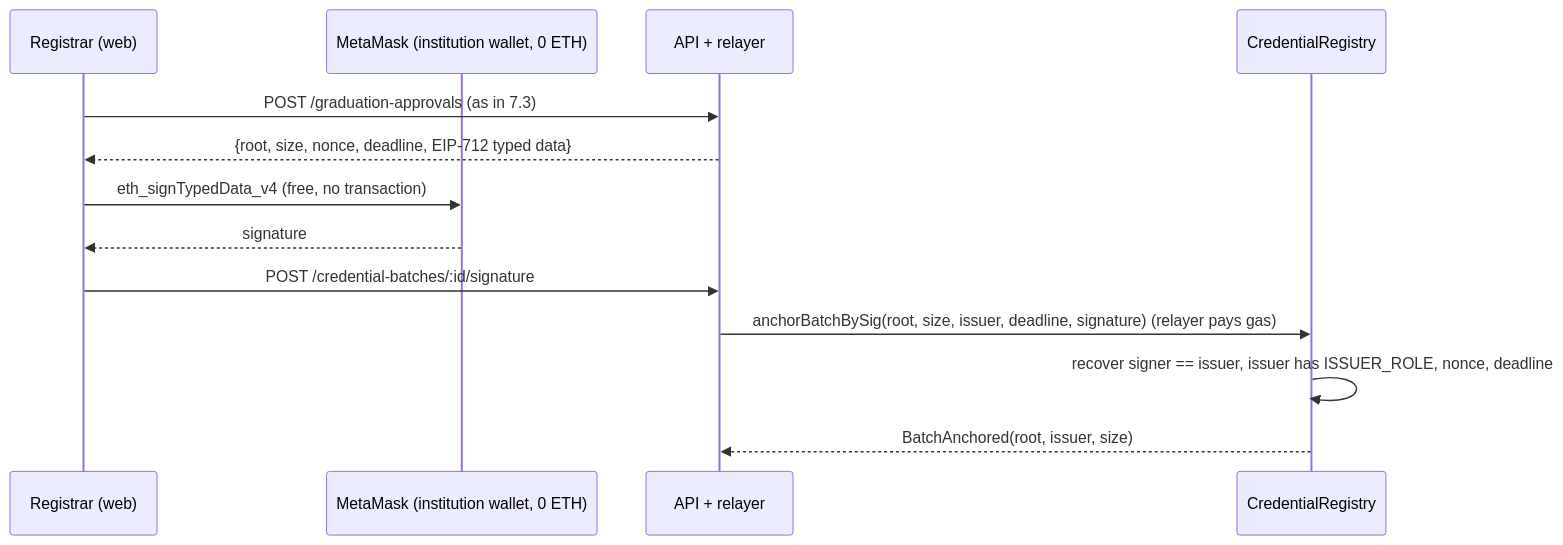
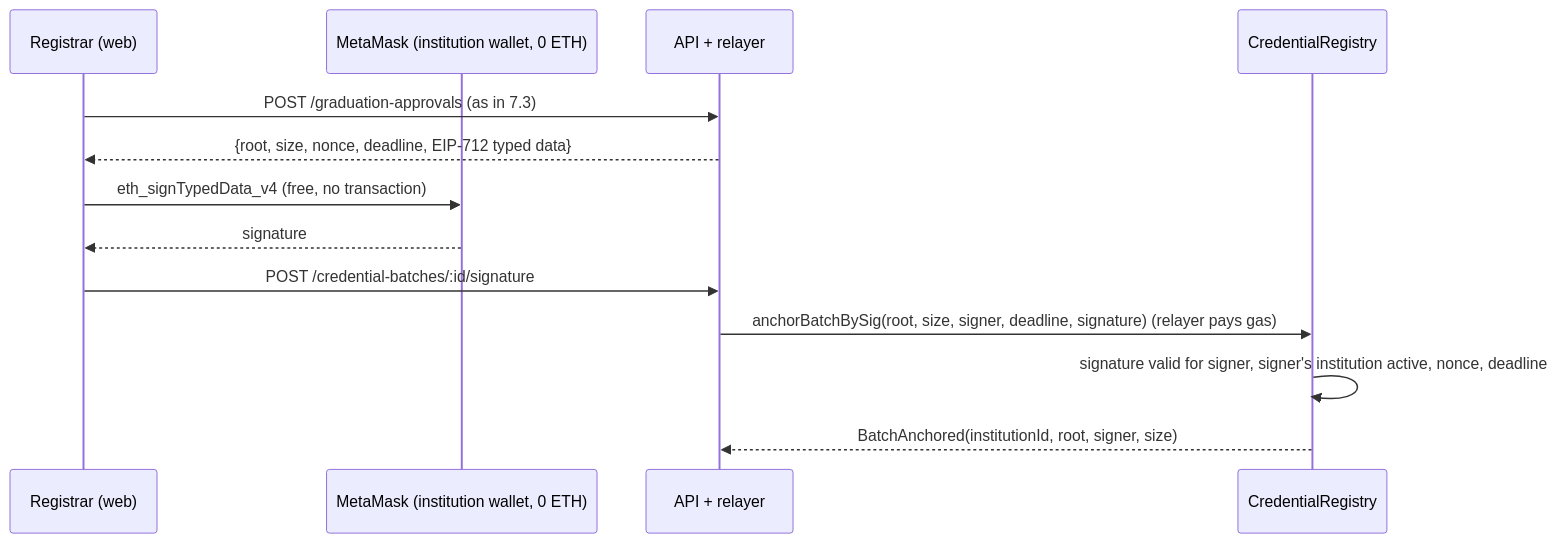
One commit to OsamaIbrhim/Network-Of-Trust changed the third of 3 diagrams in docs/ARCHITECTURE.md. Above: the diagram before and after it, drawn with Mermaid. The commit also changed other lines of this file and 5 other files, not shown here.

````diff
--- a/docs/ARCHITECTURE.md
+++ b/docs/ARCHITECTURE.md
@@ -271,16 +280,16 @@
 ```mermaid
 sequenceDiagram
   participant R as Registrar (web)
   participant MM as MetaMask (institution wallet, 0 ETH)
   participant API as API + relayer
   participant C as CredentialRegistry
 
   R->>API: POST /graduation-approvals  (as in 7.3)
   API-->>R: {root, size, nonce, deadline, EIP-712 typed data}
   R->>MM: eth_signTypedData_v4 (free, no transaction)
   MM-->>R: signature
   R->>API: POST /credential-batches/:id/signature
-  API->>C: anchorBatchBySig(root, size, issuer, deadline, signature)  (relayer pays gas)
-  C->>C: recover signer == issuer, issuer has ISSUER_ROLE, nonce, deadline
-  C-->>API: BatchAnchored(root, issuer, size)
+  API->>C: anchorBatchBySig(root, size, signer, deadline, signature)  (relayer pays gas)
+  C->>C: signature valid for signer, signer's institution active, nonce, deadline
+  C-->>API: BatchAnchored(institutionId, root, signer, size)
 ```
````
